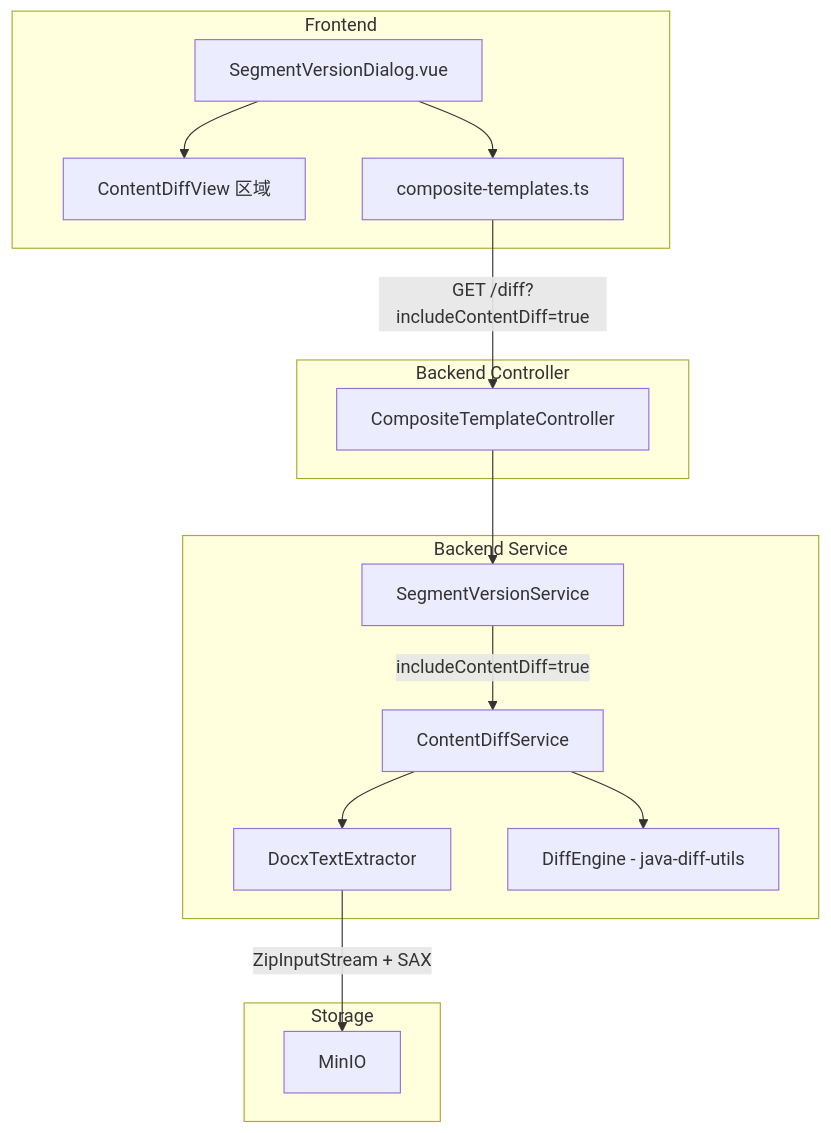
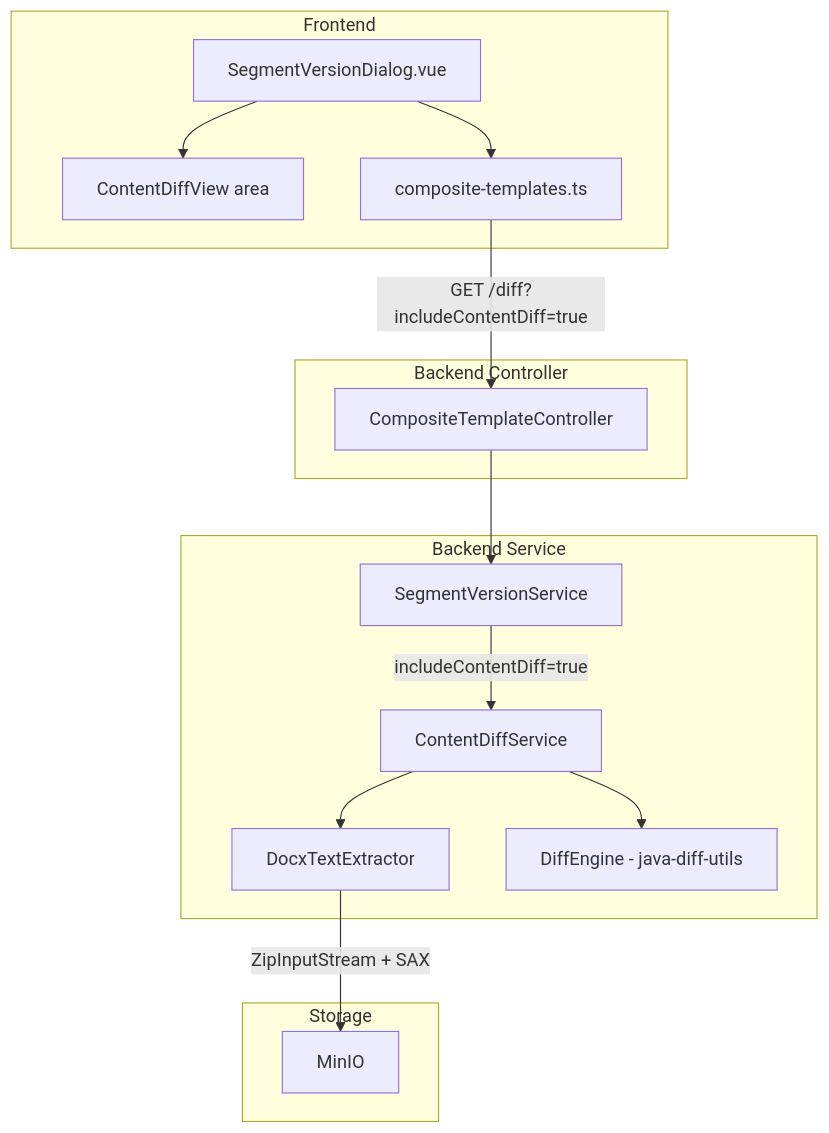
One commit to bigballgis/Document-Generation-System changed the diagram in .kiro/specs/docx-content-diff/design.md. Above: the diagram before and after it, drawn with Mermaid. The commit also changed other lines of this file and 2 other files, not shown here.

Commit message:
Kiro: Refresh docx-content-diff design, requirements, and tasks

````diff
--- a/.kiro/specs/docx-content-diff/design.md
+++ b/.kiro/specs/docx-content-diff/design.md
@@ -22,32 +24,32 @@
 ```mermaid
 graph TD
     subgraph Frontend
         SVD[SegmentVersionDialog.vue]
-        CDV[ContentDiffView 区域]
+        CDV[ContentDiffView area]
         API[composite-templates.ts]
     end
 
     subgraph Backend Controller
         CTC[CompositeTemplateController]
     end
 
     subgraph Backend Service
         SVS[SegmentVersionService]
         CDS[ContentDiffService]
         DTE[DocxTextExtractor]
         DE[DiffEngine - java-diff-utils]
     end
 
     subgraph Storage
         MINIO[MinIO]
     end
 
     SVD --> CDV
     SVD --> API
     API -->|GET /diff?includeContentDiff=true| CTC
     CTC --> SVS
     SVS -->|includeContentDiff=true| CDS
     CDS --> DTE
     CDS --> DE
     DTE -->|ZipInputStream + SAX| MINIO
 ```
````
